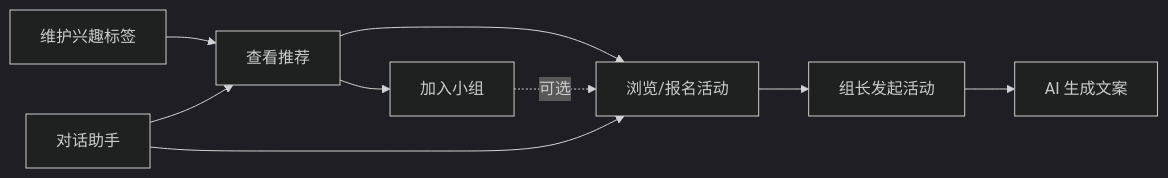
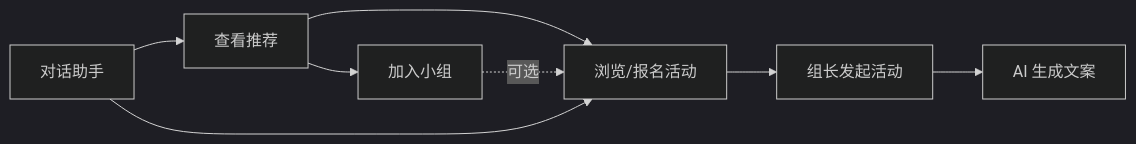
The diagram in docs/superpowers/specs/2026-05-26-interest-group-design.md (moyi5603/Interest-Group_2), drawn with Mermaid (dark theme) before and after one commit. The commit also changed other lines of this file and 183 other files, not shown here.

````diff
--- a/docs/superpowers/specs/2026-05-26-interest-group-design.md
+++ b/docs/superpowers/specs/2026-05-26-interest-group-design.md
@@ -53,11 +52,11 @@
 ```mermaid
 flowchart LR
-  T[维护兴趣标签] --> R[查看推荐]
+  R[查看推荐]
   R --> J[加入小组]
   R --> A[浏览/报名活动]
   J -.->|可选| A
   A --> C[组长发起活动]
   C --> G[AI 生成文案]
   Chat[对话助手] --> R
   Chat --> A
 ```
````
